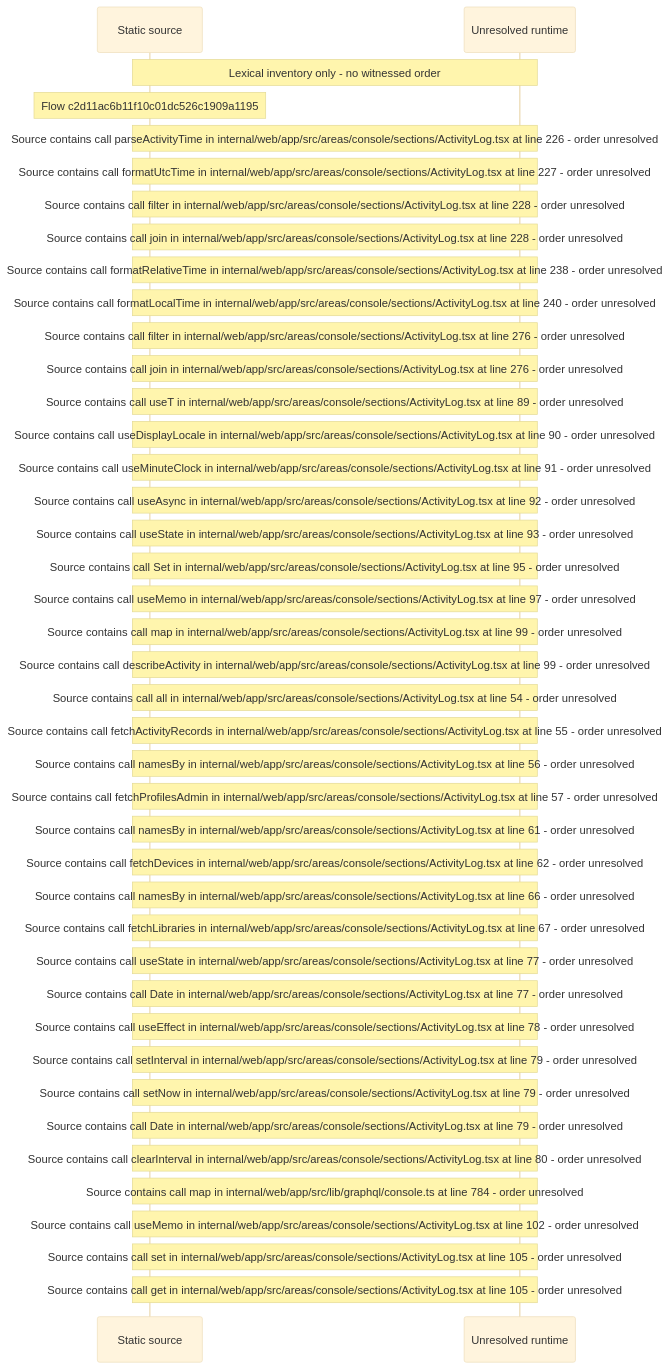
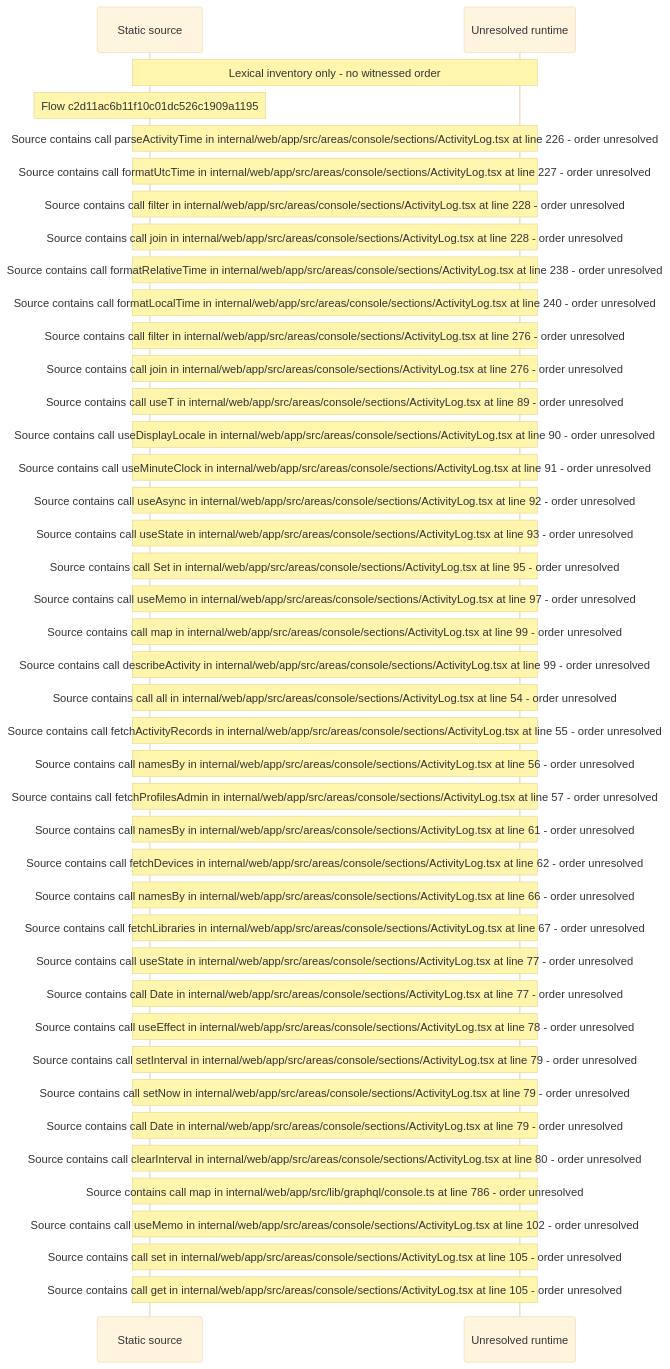
One commit to beamfall/core changed the diagram in docs/web/flows/generated/c2d11ac6b11f10c01dc526c1909a1195/flow-diagram.md. Above: the diagram before and after it, drawn with Mermaid (base theme). The commit also changed other lines of this file and 714 other files, not shown here.

Commit message:
Regenerate the web flow record after the main merge (CORE-1762)

````diff
--- a/docs/web/flows/generated/c2d11ac6b11f10c01dc526c1909a1195/flow-diagram.md
+++ b/docs/web/flows/generated/c2d11ac6b11f10c01dc526c1909a1195/flow-diagram.md
@@ -10,43 +10,43 @@
 ```mermaid
 sequenceDiagram
     participant S as Static source
     participant U as Unresolved runtime
     Note over S,U: Lexical inventory only - no witnessed order
     Note over S: Flow c2d11ac6b11f10c01dc526c1909a1195
     Note over S,U: Source contains call parseActivityTime in internal/web/app/src/areas/console/sections/ActivityLog.tsx at line 226 - order unresolved
     Note over S,U: Source contains call formatUtcTime in internal/web/app/src/areas/console/sections/ActivityLog.tsx at line 227 - order unresolved
     Note over S,U: Source contains call filter in internal/web/app/src/areas/console/sections/ActivityLog.tsx at line 228 - order unresolved
     Note over S,U: Source contains call join in internal/web/app/src/areas/console/sections/ActivityLog.tsx at line 228 - order unresolved
     Note over S,U: Source contains call formatRelativeTime in internal/web/app/src/areas/console/sections/ActivityLog.tsx at line 238 - order unresolved
     Note over S,U: Source contains call formatLocalTime in internal/web/app/src/areas/console/sections/ActivityLog.tsx at line 240 - order unresolved
     Note over S,U: Source contains call filter in internal/web/app/src/areas/console/sections/ActivityLog.tsx at line 276 - order unresolved
     Note over S,U: Source contains call join in internal/web/app/src/areas/console/sections/ActivityLog.tsx at line 276 - order unresolved
     Note over S,U: Source contains call useT in internal/web/app/src/areas/console/sections/ActivityLog.tsx at line 89 - order unresolved
     Note over S,U: Source contains call useDisplayLocale in internal/web/app/src/areas/console/sections/ActivityLog.tsx at line 90 - order unresolved
     Note over S,U: Source contains call useMinuteClock in internal/web/app/src/areas/console/sections/ActivityLog.tsx at line 91 - order unresolved
     Note over S,U: Source contains call useAsync in internal/web/app/src/areas/console/sections/ActivityLog.tsx at line 92 - order unresolved
     Note over S,U: Source contains call useState in internal/web/app/src/areas/console/sections/ActivityLog.tsx at line 93 - order unresolved
     Note over S,U: Source contains call Set in internal/web/app/src/areas/console/sections/ActivityLog.tsx at line 95 - order unresolved
     Note over S,U: Source contains call useMemo in internal/web/app/src/areas/console/sections/ActivityLog.tsx at line 97 - order unresolved
     Note over S,U: Source contains call map in internal/web/app/src/areas/console/sections/ActivityLog.tsx at line 99 - order unresolved
     Note over S,U: Source contains call describeActivity in internal/web/app/src/areas/console/sections/ActivityLog.tsx at line 99 - order unresolved
     Note over S,U: Source contains call all in internal/web/app/src/areas/console/sections/ActivityLog.tsx at line 54 - order unresolved
     Note over S,U: Source contains call fetchActivityRecords in internal/web/app/src/areas/console/sections/ActivityLog.tsx at line 55 - order unresolved
     Note over S,U: Source contains call namesBy in internal/web/app/src/areas/console/sections/ActivityLog.tsx at line 56 - order unresolved
     Note over S,U: Source contains call fetchProfilesAdmin in internal/web/app/src/areas/console/sections/ActivityLog.tsx at line 57 - order unresolved
     Note over S,U: Source contains call namesBy in internal/web/app/src/areas/console/sections/ActivityLog.tsx at line 61 - order unresolved
     Note over S,U: Source contains call fetchDevices in internal/web/app/src/areas/console/sections/ActivityLog.tsx at line 62 - order unresolved
     Note over S,U: Source contains call namesBy in internal/web/app/src/areas/console/sections/ActivityLog.tsx at line 66 - order unresolved
     Note over S,U: Source contains call fetchLibraries in internal/web/app/src/areas/console/sections/ActivityLog.tsx at line 67 - order unresolved
     Note over S,U: Source contains call useState in internal/web/app/src/areas/console/sections/ActivityLog.tsx at line 77 - order unresolved
     Note over S,U: Source contains call Date in internal/web/app/src/areas/console/sections/ActivityLog.tsx at line 77 - order unresolved
     Note over S,U: Source contains call useEffect in internal/web/app/src/areas/console/sections/ActivityLog.tsx at line 78 - order unresolved
     Note over S,U: Source contains call setInterval in internal/web/app/src/areas/console/sections/ActivityLog.tsx at line 79 - order unresolved
     Note over S,U: Source contains call setNow in internal/web/app/src/areas/console/sections/ActivityLog.tsx at line 79 - order unresolved
     Note over S,U: Source contains call Date in internal/web/app/src/areas/console/sections/ActivityLog.tsx at line 79 - order unresolved
     Note over S,U: Source contains call clearInterval in internal/web/app/src/areas/console/sections/ActivityLog.tsx at line 80 - order unresolved
-    Note over S,U: Source contains call map in internal/web/app/src/lib/graphql/console.ts at line 784 - order unresolved
+    Note over S,U: Source contains call map in internal/web/app/src/lib/graphql/console.ts at line 786 - order unresolved
     Note over S,U: Source contains call useMemo in internal/web/app/src/areas/console/sections/ActivityLog.tsx at line 102 - order unresolved
     Note over S,U: Source contains call set in internal/web/app/src/areas/console/sections/ActivityLog.tsx at line 105 - order unresolved
     Note over S,U: Source contains call get in internal/web/app/src/areas/console/sections/ActivityLog.tsx at line 105 - order unresolved
 ```
````
